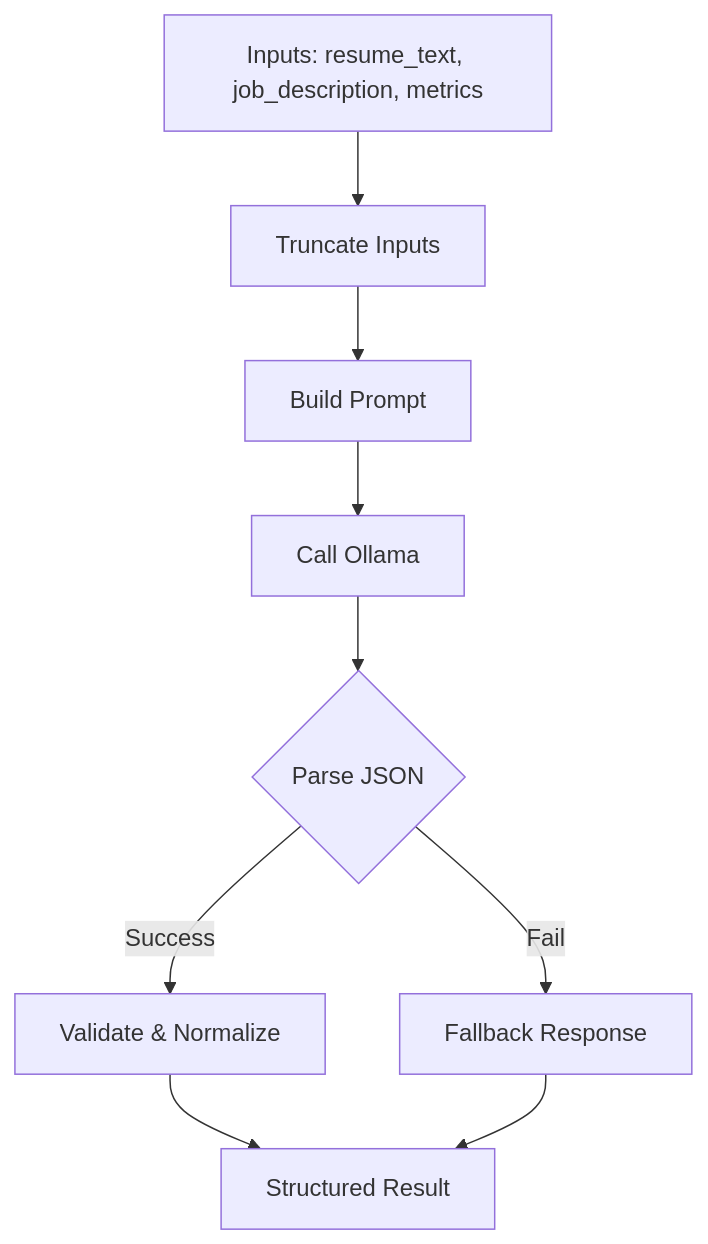
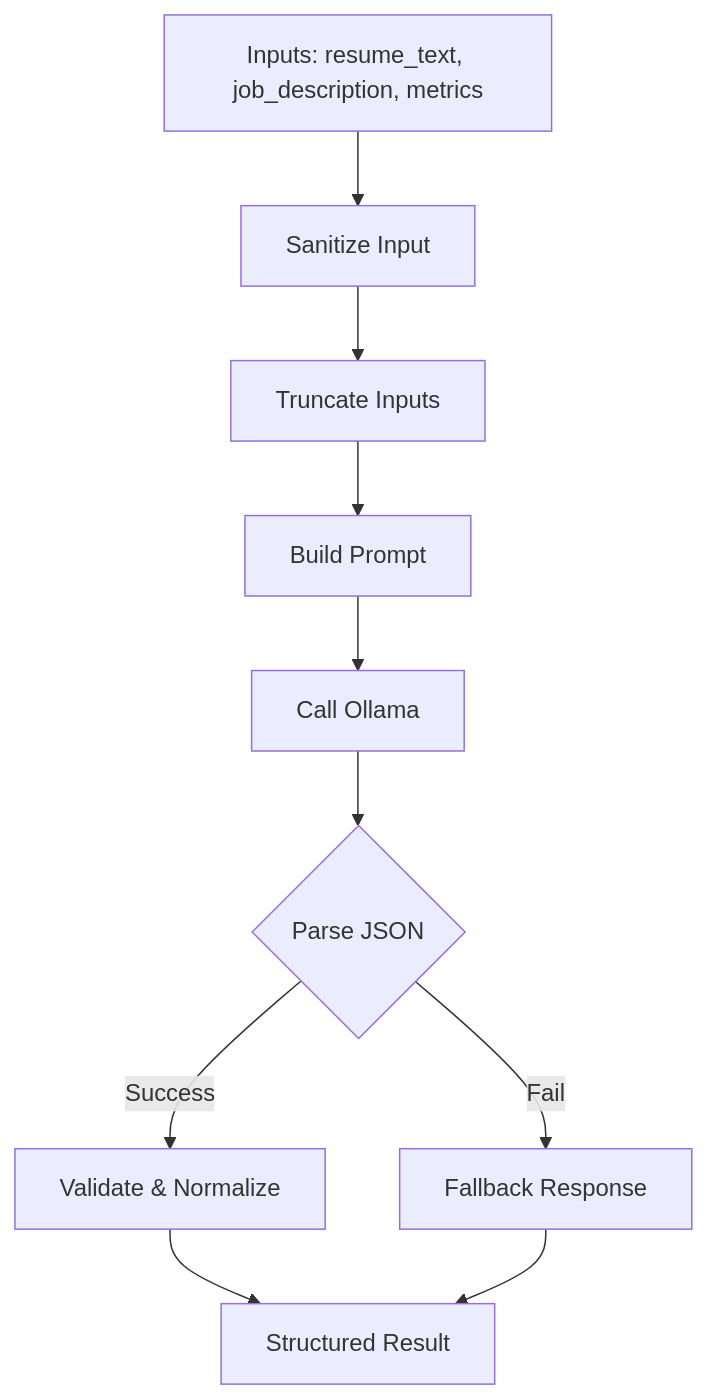
Before and after one commit to Revanththetalogics/aireume: the seventh of 11 diagrams in .qoder/repowiki/en/content/Advanced Topics/Security Hardening/Security Hardening.md, drawn with Mermaid. The commit also changed other lines of this file and 33 other files, not shown here.

````diff
--- a/.qoder/repowiki/en/content/Advanced Topics/Security Hardening/Security Hardening.md
+++ b/.qoder/repowiki/en/content/Advanced Topics/Security Hardening/Security Hardening.md
@@ -354,11 +535,12 @@
 ```mermaid
 flowchart TD
-Input["Inputs: resume_text, job_description, metrics"] --> Trunc["Truncate Inputs"]
+Input["Inputs: resume_text, job_description, metrics"] --> Sanitize["Sanitize Input"]
+Sanitize --> Trunc["Truncate Inputs"]
 Trunc --> Build["Build Prompt"]
 Build --> Call["Call Ollama"]
 Call --> Parse{"Parse JSON"}
 Parse --> |Success| Validate["Validate & Normalize"]
 Parse --> |Fail| Fallback["Fallback Response"]
 Validate --> Output["Structured Result"]
 Fallback --> Output
 ```
````
